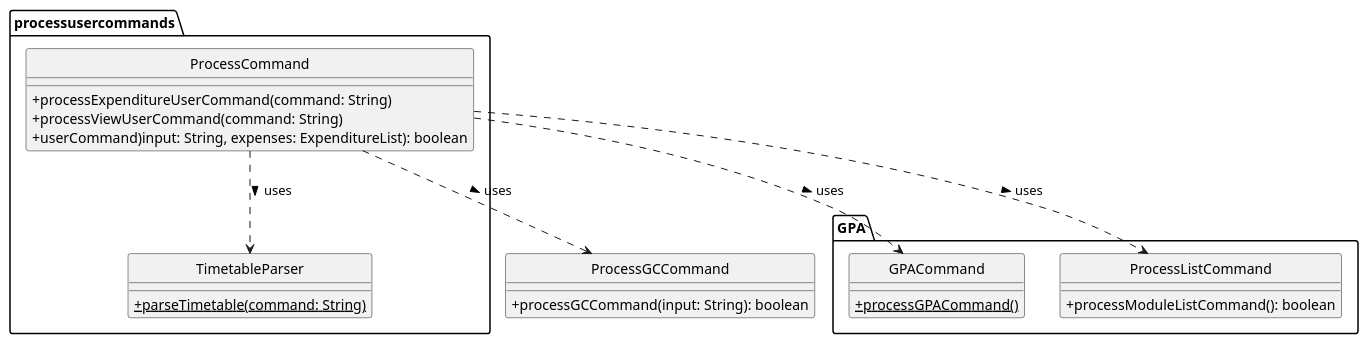
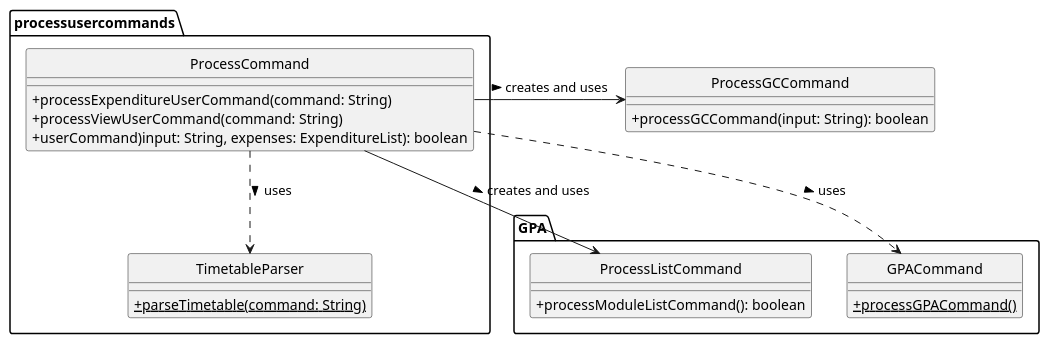
One commit to nyh3/tp changed the diagram in docs/diagrams/classdiagram/ProcessCommandCD.puml. Above: the diagram before and after it, drawn with PlantUML. The commit also changed 4 other files, not shown here.

Commit message:
Edit diagrams and add explanation for storage and processcommand

```diff
--- a/docs/diagrams/classdiagram/ProcessCommandCD.puml
+++ b/docs/diagrams/classdiagram/ProcessCommandCD.puml
@@ -1,37 +1,37 @@
 @startuml
 'https://plantuml.com/class-diagram
 
 hide circle
 skinparam classAttributeIconSize 0
 
 package GPA {
     class GPACommand {
         + {static} processGPACommand()
     }
 
     class ProcessListCommand {
         + processModuleListCommand(): boolean
     }
 }
 
 package processusercommands {
     class ProcessCommand {
         + processExpenditureUserCommand(command: String)
         + processViewUserCommand(command: String)
         + userCommand)input: String, expenses: ExpenditureList): boolean
     }
 
     class TimetableParser {
         + {static} parseTimetable(command: String)
     }
 }
 
 class ProcessGCCommand {
     + processGCCommand(input: String): boolean
 }
 
 ProcessCommand ..> TimetableParser: uses >
 ProcessCommand ..> GPACommand: uses >
-ProcessCommand ..> ProcessGCCommand: uses >
-ProcessCommand ..> ProcessListCommand: uses >
+ProcessCommand -> ProcessGCCommand: creates and uses >
+ProcessCommand -> ProcessListCommand: creates and uses >
 @enduml
```
